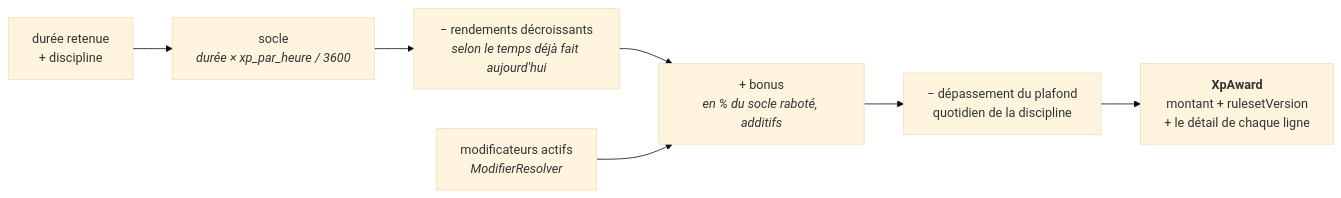
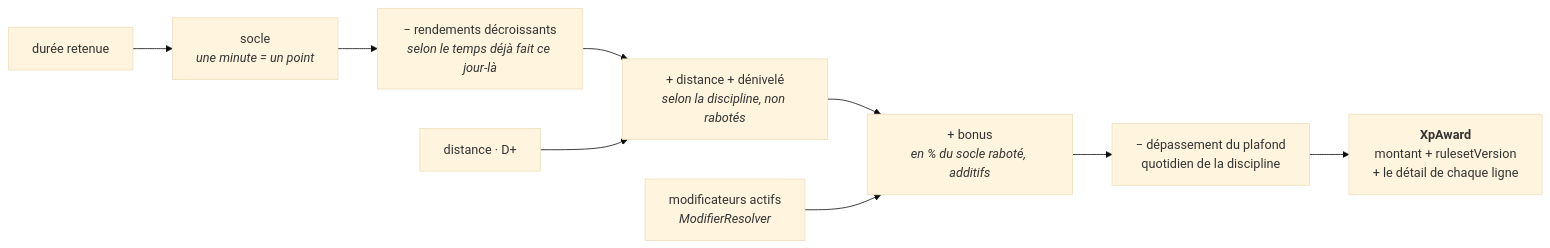
Before and after one commit to younesdiouri/grrind-back: the ninth of 13 diagrams in ARCHITECTURE.md, drawn with Mermaid (base theme). The commit also changed other lines of this file and 2 other files, not shown here.

First line of the commit message:
docs: acter le virage santé dans CLAUDE.md et ARCHITECTURE.md

````diff
--- a/ARCHITECTURE.md
+++ b/ARCHITECTURE.md
@@ -278,9 +351,11 @@
 ```mermaid
 flowchart LR
-    d["durée retenue<br/>+ discipline"] --> base["socle<br/><i>durée × xp_par_heure / 3600</i>"]
-    base --> dim["− rendements décroissants<br/><i>selon le temps déjà fait aujourd'hui</i>"]
-    dim --> bonus["+ bonus<br/><i>en % du socle raboté, additifs</i>"]
+    d["durée retenue"] --> base["socle<br/><i>une minute = un point</i>"]
+    base --> dim["− rendements décroissants<br/><i>selon le temps déjà fait ce jour-là</i>"]
+    dim --> terr["+ distance + dénivelé<br/><i>selon la discipline, non rabotés</i>"]
+    m["distance · D+"] --> terr
+    terr --> bonus["+ bonus<br/><i>en % du socle raboté, additifs</i>"]
     mods["modificateurs actifs<br/><i>ModifierResolver</i>"] --> bonus
     bonus --> cap["− dépassement du plafond<br/>quotidien de la discipline"]
     cap --> out["<b>XpAward</b><br/>montant + rulesetVersion<br/>+ le détail de chaque ligne"]
 ```
````
